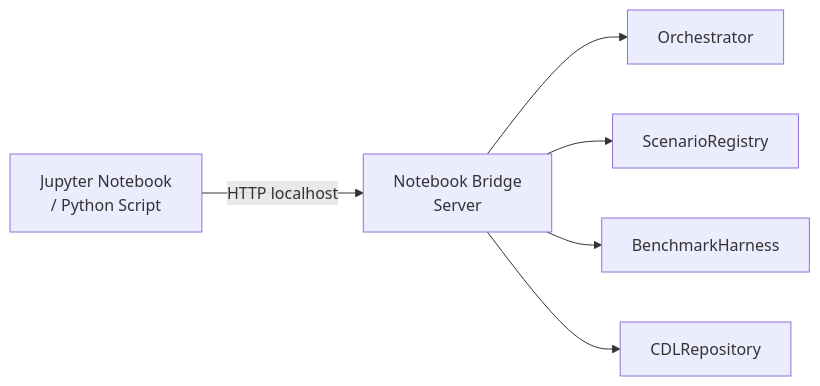
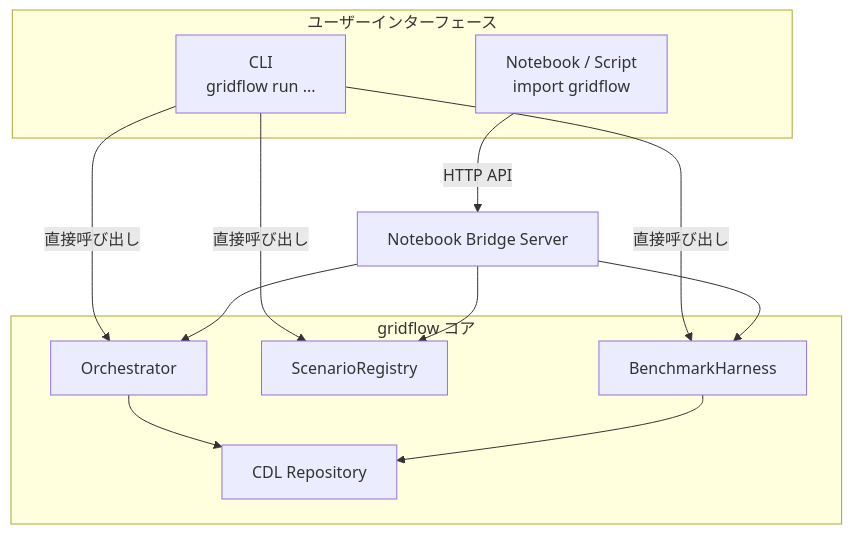
The fourth of 4 diagrams in docs/basic_design/03_function_design.md (bottlenome/gridflow), drawn with Mermaid before and after one commit. The commit also changed other lines of this file and 1 other file, not shown here.

First line of the commit message:
docs: enhance function design (ch3) and CLI design (ch4) with details

````diff
--- a/docs/basic_design/03_function_design.md
+++ b/docs/basic_design/03_function_design.md
@@ -443,8 +466,24 @@
 ```mermaid
-flowchart LR
-    A[Jupyter Notebook<br/>/ Python Script] -->|HTTP localhost| B[Notebook Bridge<br/>Server]
-    B --> C[Orchestrator]
-    B --> D[ScenarioRegistry]
-    B --> E[BenchmarkHarness]
-    B --> F[CDLRepository]
+flowchart TB
+    subgraph ユーザーインターフェース
+        A[CLI<br>gridflow run ...]
+        B[Notebook / Script<br>import gridflow]
+    end
+
+    subgraph gridflow コア
+        C[Orchestrator]
+        D[ScenarioRegistry]
+        E[BenchmarkHarness]
+        F[CDL Repository]
+    end
+
+    A -->|直接呼び出し| C
+    A -->|直接呼び出し| D
+    A -->|直接呼び出し| E
+    B -->|HTTP API| G[Notebook Bridge Server]
+    G --> C
+    G --> D
+    G --> E
+    C --> F
+    E --> F
 ```
````
